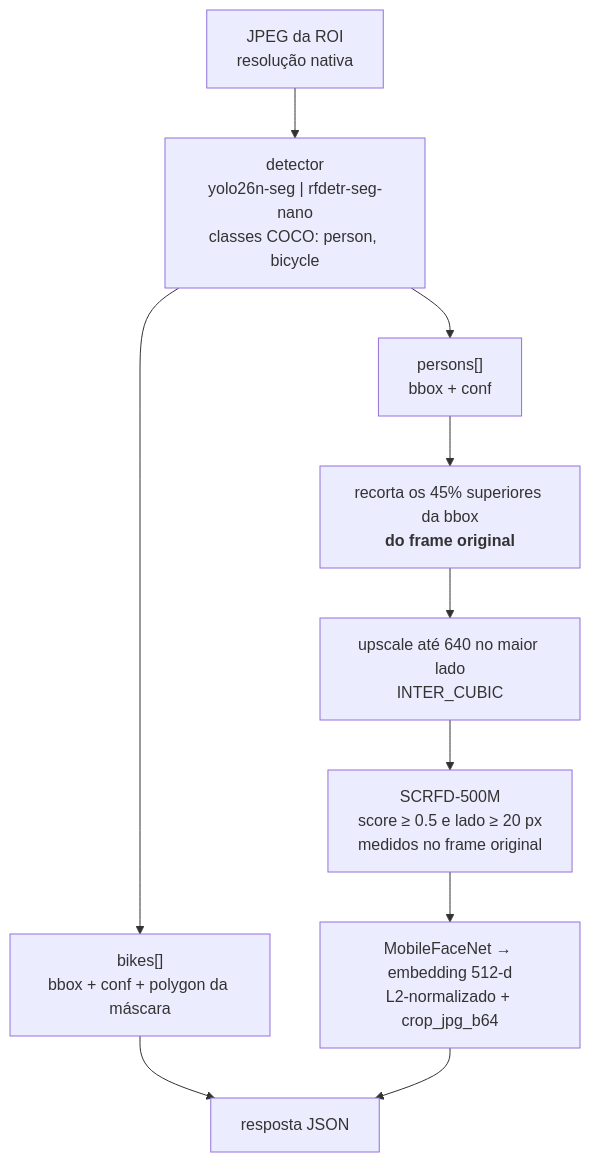
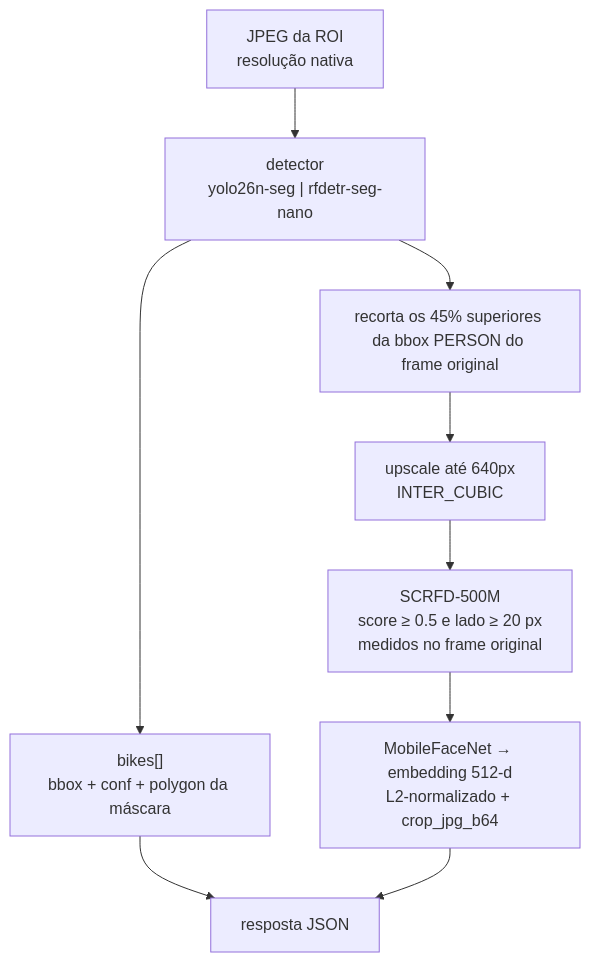
Before and after one commit to artxavier/HorseCV-Hackathon: the fourth of 6 diagrams in README.md, drawn with Mermaid. The commit also changed other lines of this file and 1 other file, not shown here.

````diff
--- a/README.md
+++ b/README.md
@@ -146,12 +107,11 @@
 ```mermaid
 flowchart TB
-    IMG["JPEG da ROI<br/>resolução nativa"] --> DET["detector<br/>yolo26n-seg | rfdetr-seg-nano<br/>classes COCO: person, bicycle"]
+    IMG["JPEG da ROI<br/>resolução nativa"] --> DET["detector<br/>yolo26n-seg | rfdetr-seg-nano"]
     DET --> BIKES["bikes[]<br/>bbox + conf + polygon da máscara"]
-    DET --> PERS["persons[]<br/>bbox + conf"]
-    PERS --> CROP["recorta os 45% superiores da bbox<br/><b>do frame original</b>"]
-    CROP --> UP["upscale até 640 no maior lado<br/>INTER_CUBIC"]
+    DET --> CROP["recorta os 45% superiores da bbox PERSON do frame original</b>"]
+    CROP --> UP["upscale até 640px <br/>INTER_CUBIC"]
     UP --> SCRFD["SCRFD-500M<br/>score ≥ 0.5 e lado ≥ 20 px<br/>medidos no frame original"]
     SCRFD --> EMB["MobileFaceNet → embedding 512-d<br/>L2-normalizado + crop_jpg_b64"]
     BIKES --> RESP["resposta JSON"]
     EMB --> RESP
 ```
````
